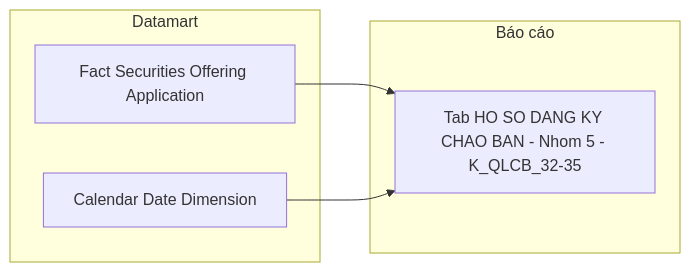
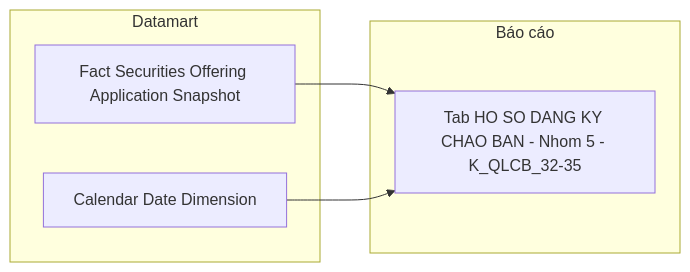
One commit to linhlvit/ubck_atomic_design changed diagram 15 of 22 in Datamart/hld/DTM_QLCB_HLD.md. Above: the diagram before and after it, drawn with Mermaid. The commit also changed other lines of this file and 70 other files, not shown here.

````diff
--- a/Datamart/hld/DTM_QLCB_HLD.md
+++ b/Datamart/hld/DTM_QLCB_HLD.md
@@ -765,12 +769,12 @@
 ```mermaid
 flowchart LR
     subgraph Datamart["Datamart"]
-        G1["Fact Securities Offering Application"]
+        G1["Fact Securities Offering Application Snapshot"]
         G2["Calendar Date Dimension"]
     end
     subgraph RPT["Báo cáo"]
         R5["Tab HO SO DANG KY CHAO BAN - Nhom 5 - K_QLCB_32-35"]
     end
     G1 --> R5
     G2 --> R5
 ```
````
